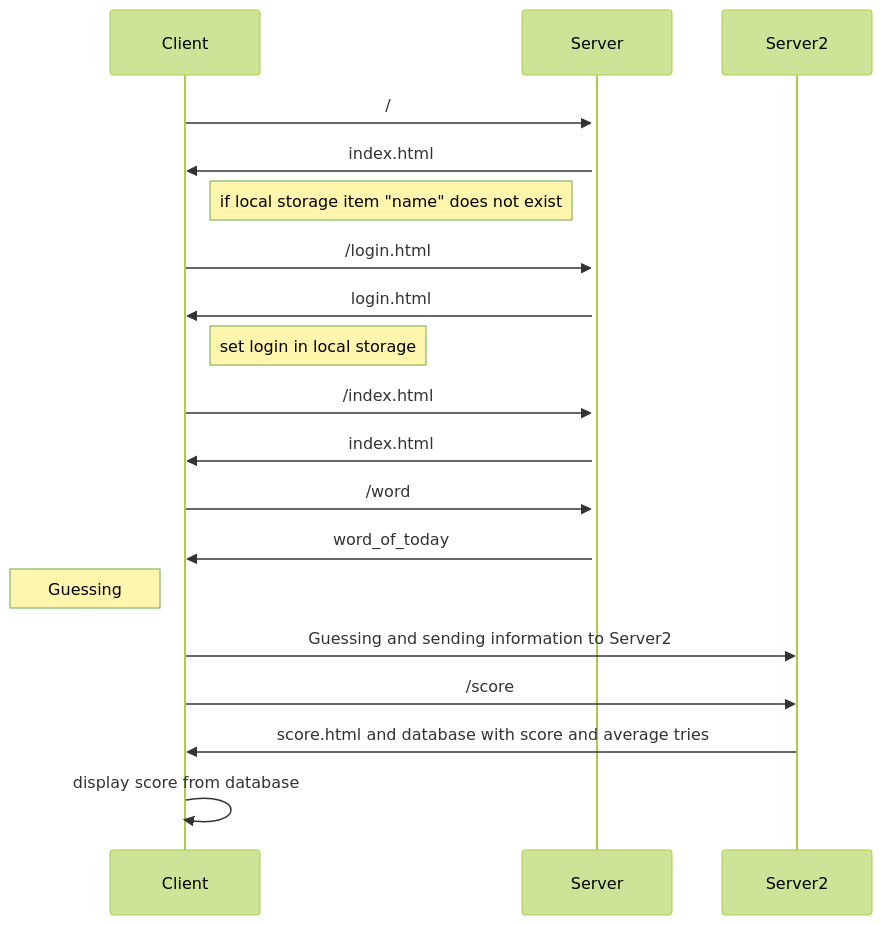
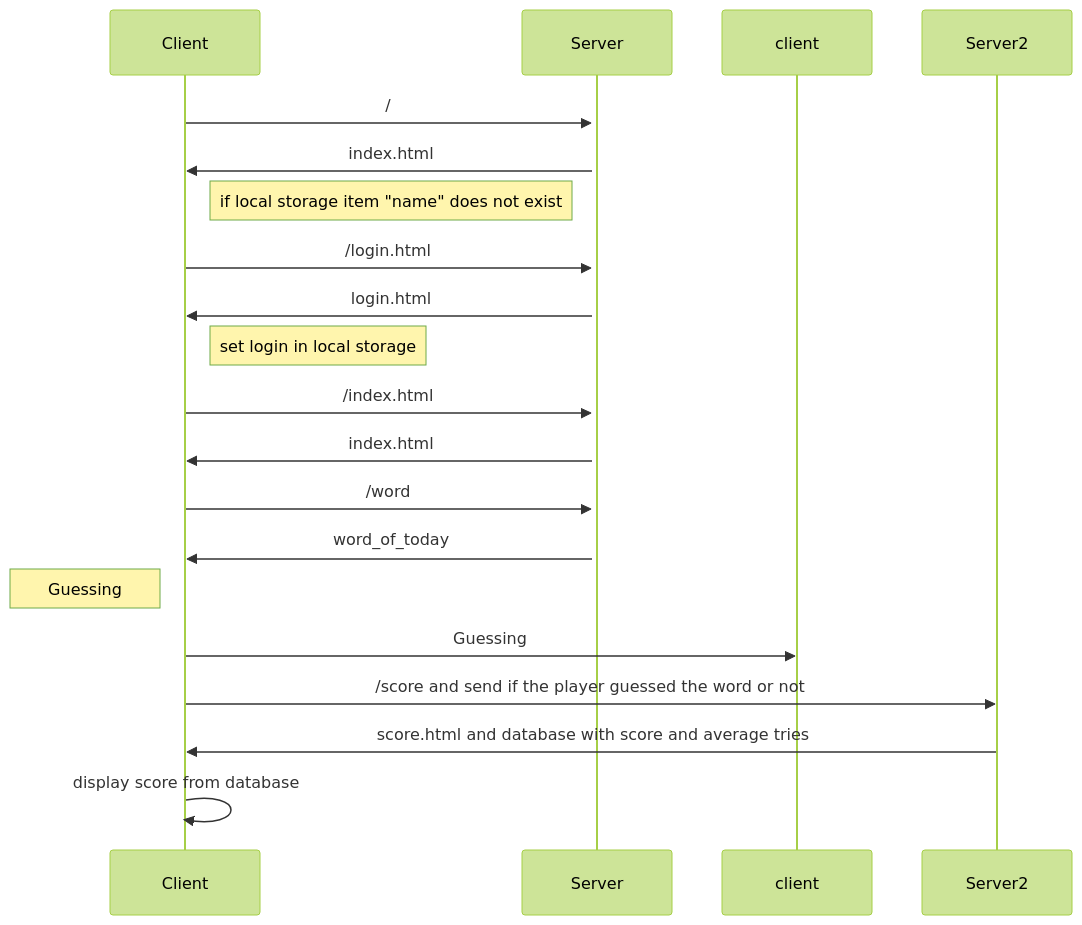
Before and after one commit to VictoriaWieca/motus_Zaafira_Victoria: the diagram in README.md, drawn with Mermaid (forest theme).

````diff
--- a/README.md
+++ b/README.md
@@ -24,18 +24,18 @@
 ```mermaid
 sequenceDiagram
     Client->>+Server: /
     Server->>Client: index.html
     note right of Client : if local storage item "name" does not exist
     Client->>Server: /login.html
     Server->>Client: login.html
     note right of Client : set login in local storage
     Client->>Server: /index.html
     Server->>Client: index.html
     Client->>Server: /word
     Server->>Client: word_of_today
     note left of Client: Guessing
-    Client->>Server2: Guessing and sending information to Server2
-    Client->>Server2: /score
+    Client->>client: Guessing 
+    Client->>Server2: /score and send if the player guessed the word or not 
     Server2->>Client: score.html and database with score and average tries
     Client->>Client: display score from database
 ```
````
